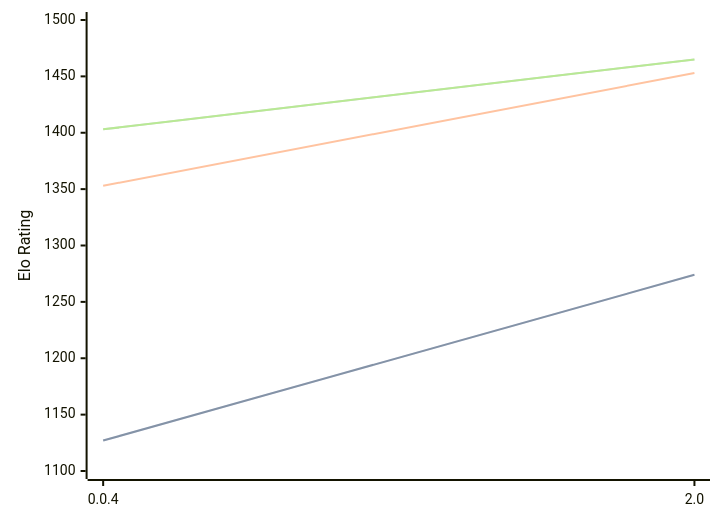
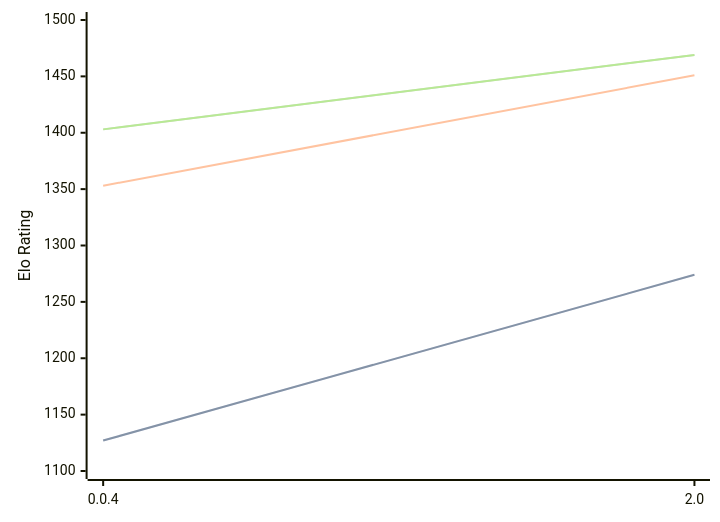
Before and after one commit to computer-chess-index/cci: the diagram in engines/Oops!Mate.md, drawn with Mermaid. The commit also changed other lines of this file, not shown here.

Commit message:
Update CCI Ratings (ELO VLTC) - 2026-08-01

````diff
--- a/engines/Oops!Mate.md
+++ b/engines/Oops!Mate.md
@@ -52,11 +52,11 @@
 ```mermaid
 %%{init: {"theme":"base","themeVariables":{"seriesColors:['#a3a3a3','#222221','#faa371']}}}%%
 xychart-beta
   x-axis ["0.0.4", "2.0"]
   y-axis "Elo Rating" 1100 --> 1500
   line "STC (8.0+0.08s)" [1127, 1274]
   line "STC (8.0+0.08s)" [1127, 1274]
-  line "LTC (60.0+0.60s)" [1353, 1453]
-  line "VLTC (2m24s+1.12s)" [1403, 1465]
-  line "VLTC (2m24s+1.12s)" [1403, 1465]
+  line "LTC (60.0+0.60s)" [1353, 1451]
+  line "VLTC (2m24s+1.12s)" [1403, 1469]
+  line "VLTC (2m24s+1.12s)" [1403, 1469]
 ```
````
